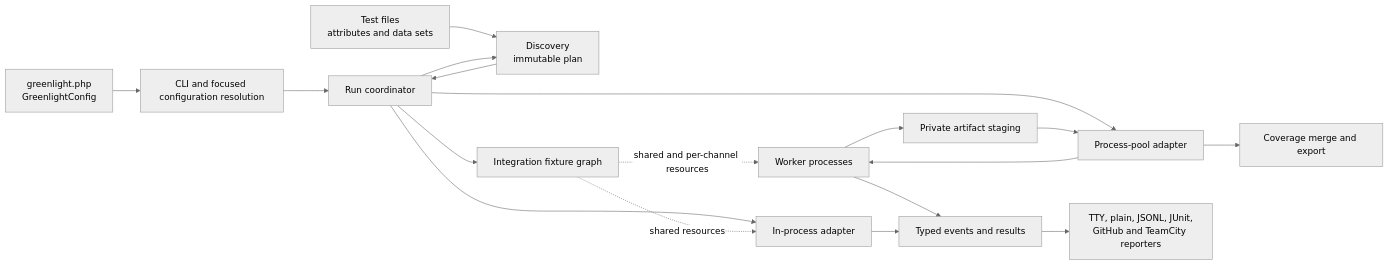
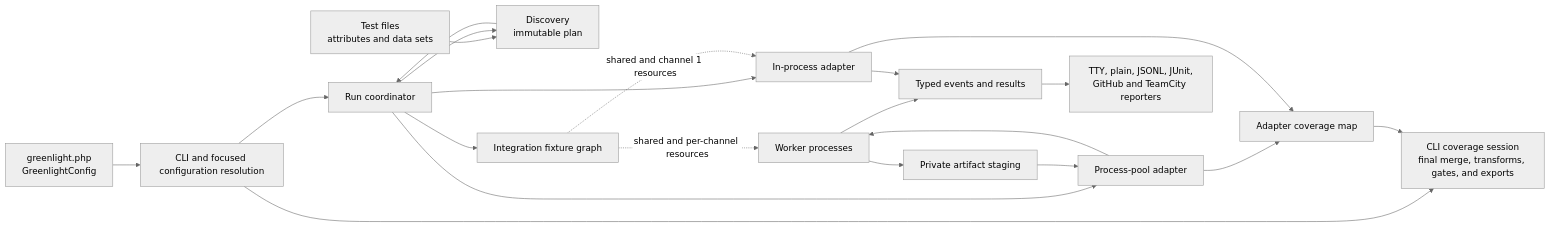
Before and after one commit to ben-challis/greenlight: the diagram in docs/architecture/README.md, drawn with Mermaid (neutral theme). The commit also changed other lines of this file, not shown here.

Commit message:
docs(architecture): correct runtime ownership map

````diff
--- a/docs/architecture/README.md
+++ b/docs/architecture/README.md
@@ -12,20 +12,23 @@
 ```mermaid
 flowchart LR
     config["greenlight.php<br/>GreenlightConfig"] --> cli["CLI and focused configuration resolution"]
     tests["Test files<br/>attributes and data sets"] --> discovery["Discovery<br/>immutable plan"]
     cli --> coordinator["Run coordinator"]
     coordinator --> discovery
     discovery --> coordinator
     coordinator --> fixtures["Integration fixture graph"]
     coordinator --> inprocess["In-process adapter"]
     coordinator --> orchestrator["Process-pool adapter"]
     orchestrator --> workers["Worker processes"]
     fixtures -. "shared and per-channel resources" .-> workers
-    fixtures -. "shared resources" .-> inprocess
+    fixtures -. "shared and channel 1 resources" .-> inprocess
     workers --> events["Typed events and results"]
     inprocess --> events
     events --> reporters["TTY, plain, JSONL, JUnit,<br/>GitHub and TeamCity reporters"]
     workers --> staging["Private artifact staging"]
     staging --> orchestrator
-    orchestrator --> coverage["Coverage merge and export"]
+    orchestrator --> adaptercoverage["Adapter coverage map"]
+    inprocess --> adaptercoverage
+    cli --> coverage["CLI coverage session<br/>final merge, transforms, gates, and exports"]
+    adaptercoverage --> coverage
 ```
````
